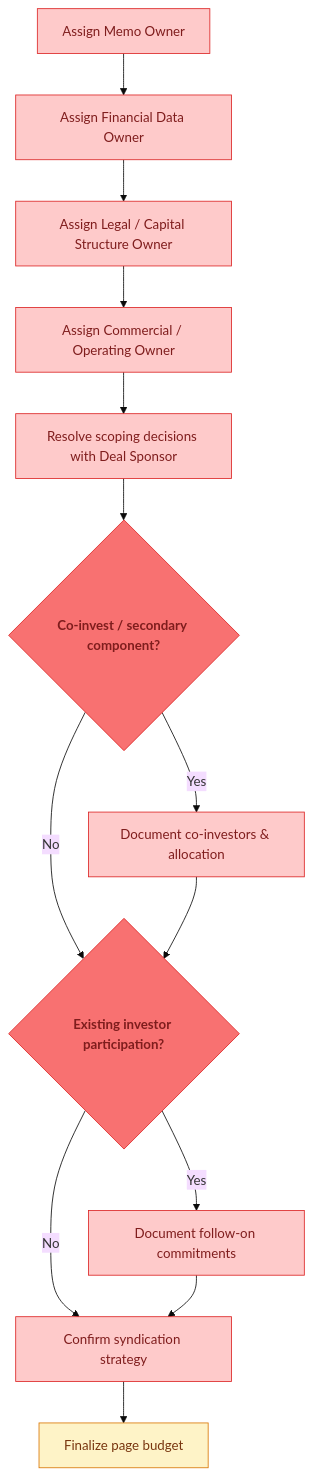
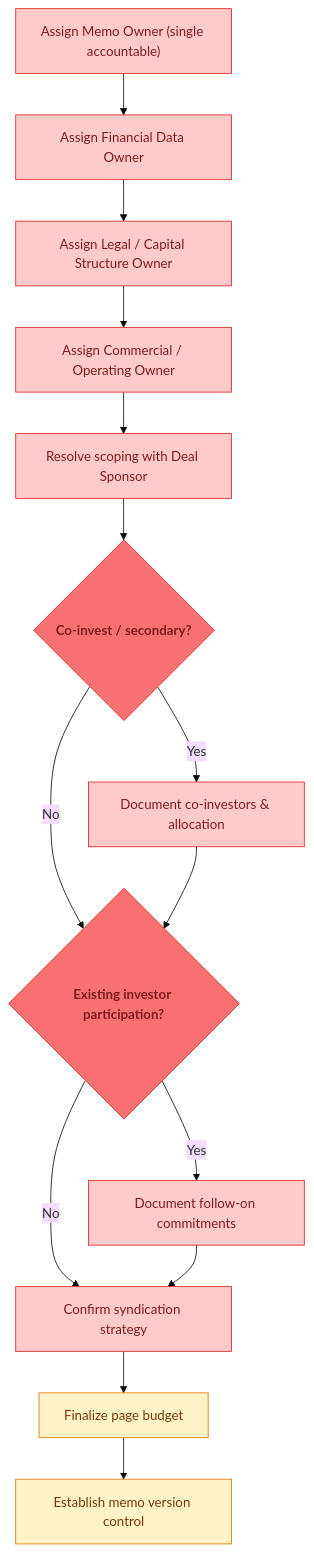
Before and after one commit to mrchanpark/IC-Memo-Flow-Chart-V2: the second of 17 diagrams in README.md, drawn with Mermaid (base theme). The commit also changed other lines of this file and 2 other files, not shown here.

````diff
--- a/README.md
+++ b/README.md
@@ -42,18 +52,19 @@
 ```mermaid
 flowchart TB
-  P09["Assign Memo Owner"]:::red --> P10["Assign Financial Data Owner"]:::red
+  P09["Assign Memo Owner (single accountable)"]:::red --> P10["Assign Financial Data Owner"]:::red
   P10 --> P11["Assign Legal / Capital Structure Owner"]:::red
   P11 --> P12["Assign Commercial / Operating Owner"]:::red
-  P12 --> P13["Resolve scoping decisions with Deal Sponsor"]:::red
-  P13 --> P14{"Co-invest / secondary component?"}:::redD
+  P12 --> P13["Resolve scoping with Deal Sponsor"]:::red
+  P13 --> P14{"Co-invest / secondary?"}:::redD
   P14 -- Yes --> P15["Document co-investors & allocation"]:::red
   P14 -- No --> P16{"Existing investor participation?"}:::redD
   P15 --> P16
   P16 -- Yes --> P17["Document follow-on commitments"]:::red
   P16 -- No --> P18["Confirm syndication strategy"]:::red
   P17 --> P18
   P18 --> P19["Finalize page budget"]:::yel
+  P19 --> P20["Establish memo version control"]:::yel
   classDef red fill:#fecaca,stroke:#dc2626,color:#7f1d1d
   classDef redD fill:#f87171,stroke:#dc2626,color:#7f1d1d,font-weight:700
   classDef yel fill:#fef3c7,stroke:#d97706,color:#78350f
 ```
````
